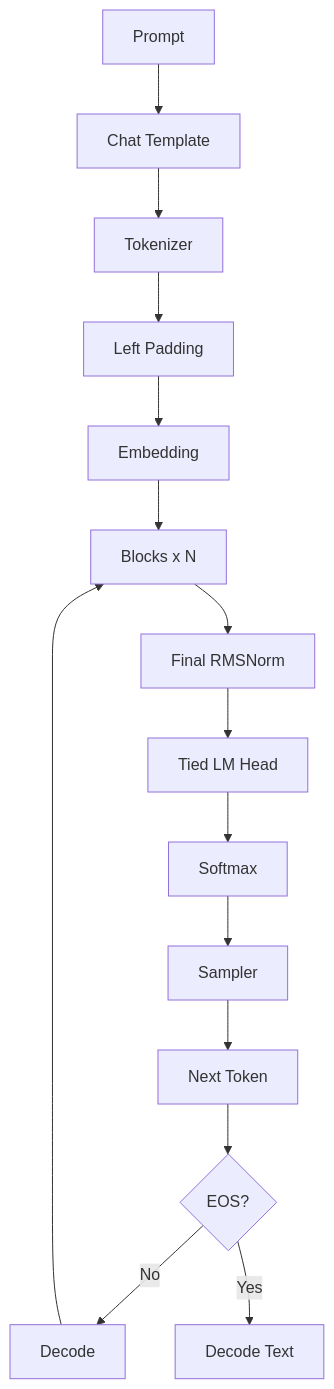
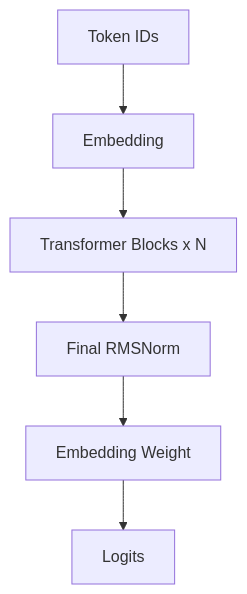
One commit to eagle-dai/easy_llm.cpp changed the third of 9 diagrams in my/docs/easy_llm_guide.zh-CN.md. Above: the diagram before and after it, drawn with Mermaid. The commit also changed other lines of this file, not shown here.

````diff
--- a/my/docs/easy_llm_guide.zh-CN.md
+++ b/my/docs/easy_llm_guide.zh-CN.md
@@ -3532,17 +578,15 @@
 ```mermaid
-flowchart TD
-    A[Prompt] --> B[Chat Template]
-    B --> C[Tokenizer]
-    C --> D[Left Padding]
-    D --> E[Embedding]
-    E --> F[Blocks x N]
-    F --> G[Final RMSNorm]
-    G --> H[Tied LM Head]
-    H --> I[Softmax]
-    I --> J[Sampler]
-    J --> K[Next Token]
-    K --> L{EOS?}
-    L -->|No| M[Decode]
-    M --> F
-    L -->|Yes| N[Decode Text]
+flowchart TB
+    I[Token IDs]
+    E[Embedding]
+    B[Transformer Blocks x N]
+    N[Final RMSNorm]
+    W[Embedding Weight]
+    L[Logits]
+
+    I --> E
+    E --> B
+    B --> N
+    N --> W
+    W --> L
 ```
````
